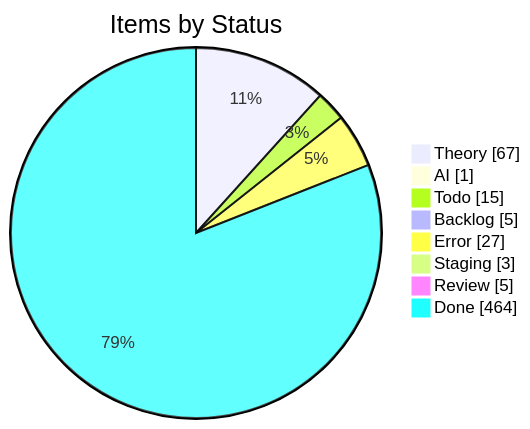
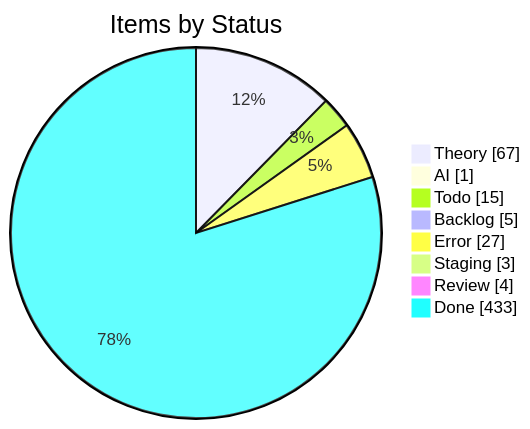
One commit to KBVE/kbve changed the first of 4 diagrams in apps/kbve/astro-kbve/src/content/docs/dashboard/kanban-data.mdx. Above: the diagram before and after it, drawn with Mermaid. The commit also changed other lines of this file and 8 other files, not shown here.

````diff
--- a/apps/kbve/astro-kbve/src/content/docs/dashboard/kanban-data.mdx
+++ b/apps/kbve/astro-kbve/src/content/docs/dashboard/kanban-data.mdx
@@ -55,12 +55,12 @@
 ```mermaid
 pie showData
     title Items by Status
     "Theory" : 67
     "AI" : 1
     "Todo" : 15
     "Backlog" : 5
     "Error" : 27
     "Staging" : 3
-    "Review" : 5
-    "Done" : 464
+    "Review" : 4
+    "Done" : 433
 ```
````
